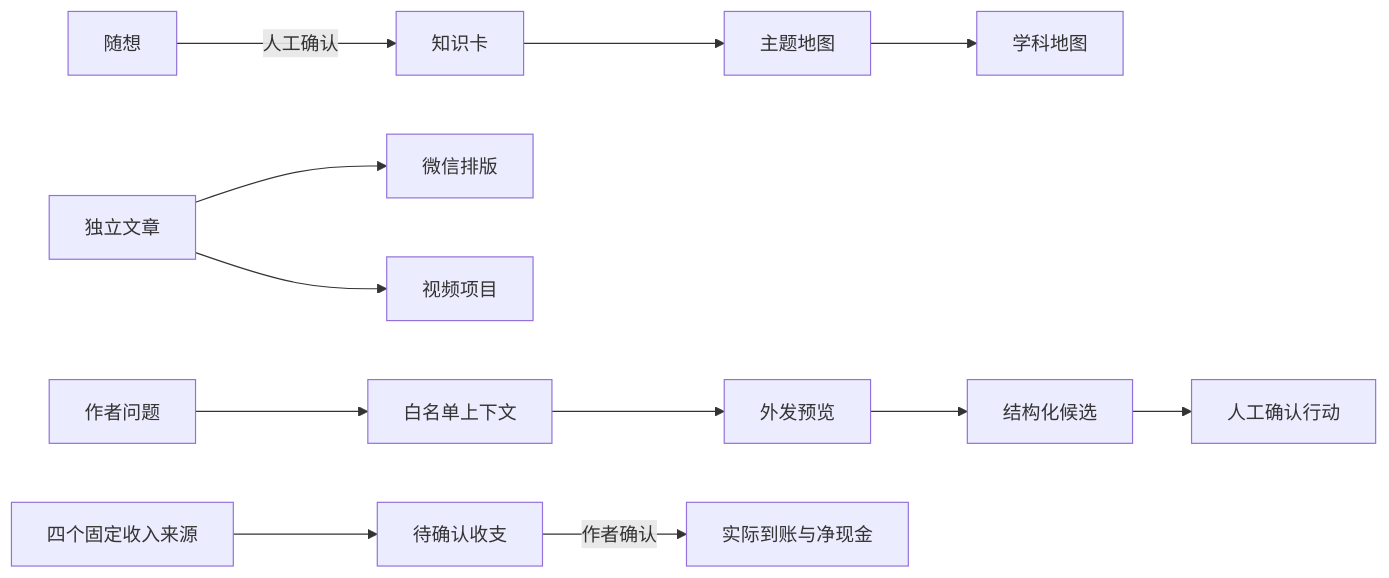
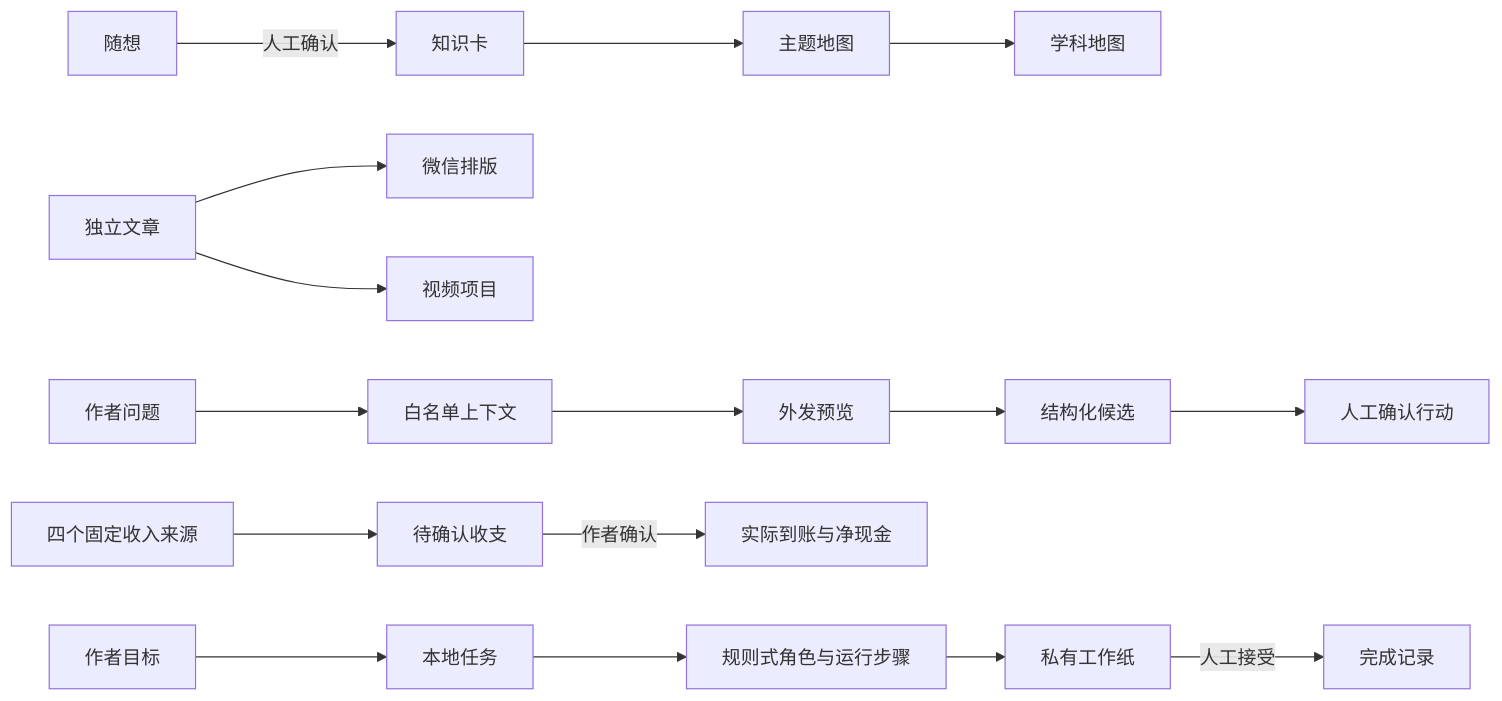
One commit to lemon-neko/personal-creative-workspace changed the second of 2 diagrams in docs/architecture/README.md. Above: the diagram before and after it, drawn with Mermaid. The commit also changed other lines of this file and 22 other files, not shown here.

````diff
--- a/docs/architecture/README.md
+++ b/docs/architecture/README.md
@@ -54,14 +55,18 @@
 ```mermaid
 flowchart LR
     I["随想"] -->|"人工确认"| K["知识卡"]
     K --> T["主题地图"]
     T --> S["学科地图"]
     A["独立文章"] --> WX["微信排版"]
     A --> V["视频项目"]
     Q["作者问题"] --> C["白名单上下文"]
     C --> P["外发预览"]
     P --> R["结构化候选"]
     R --> H["人工确认行动"]
     SO["四个固定收入来源"] --> LE["待确认收支"]
     LE -->|"作者确认"| PA["实际到账与净现金"]
+    GO["作者目标"] --> TA["本地任务"]
+    TA --> RU["规则式角色与运行步骤"]
+    RU --> AR["私有工作纸"]
+    AR -->|"人工接受"| OK["完成记录"]
 ```
````
